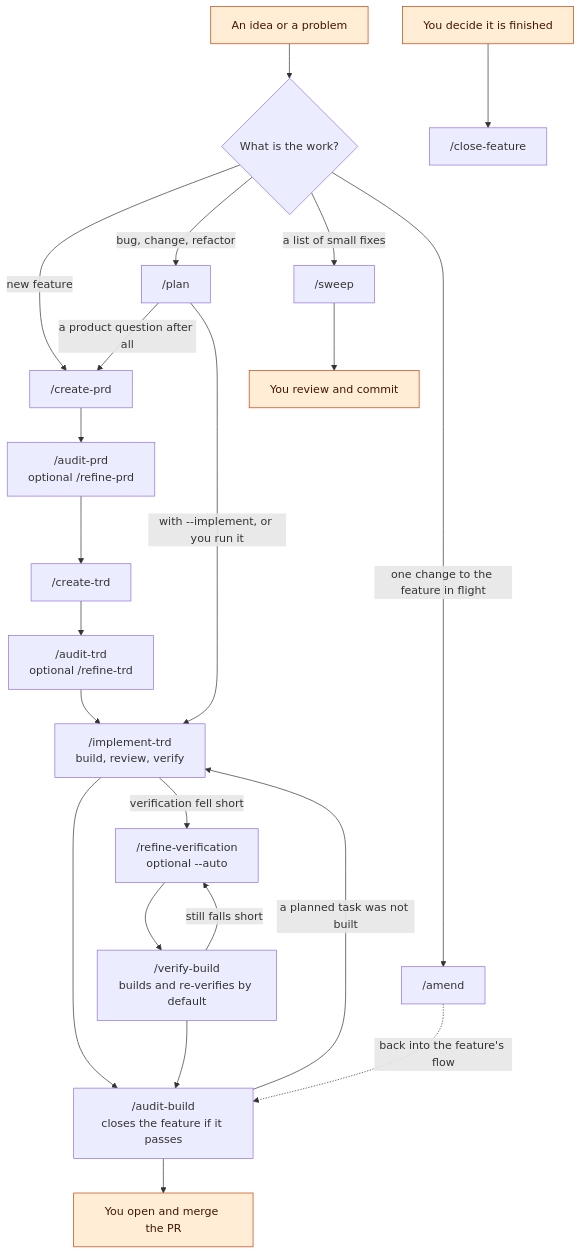
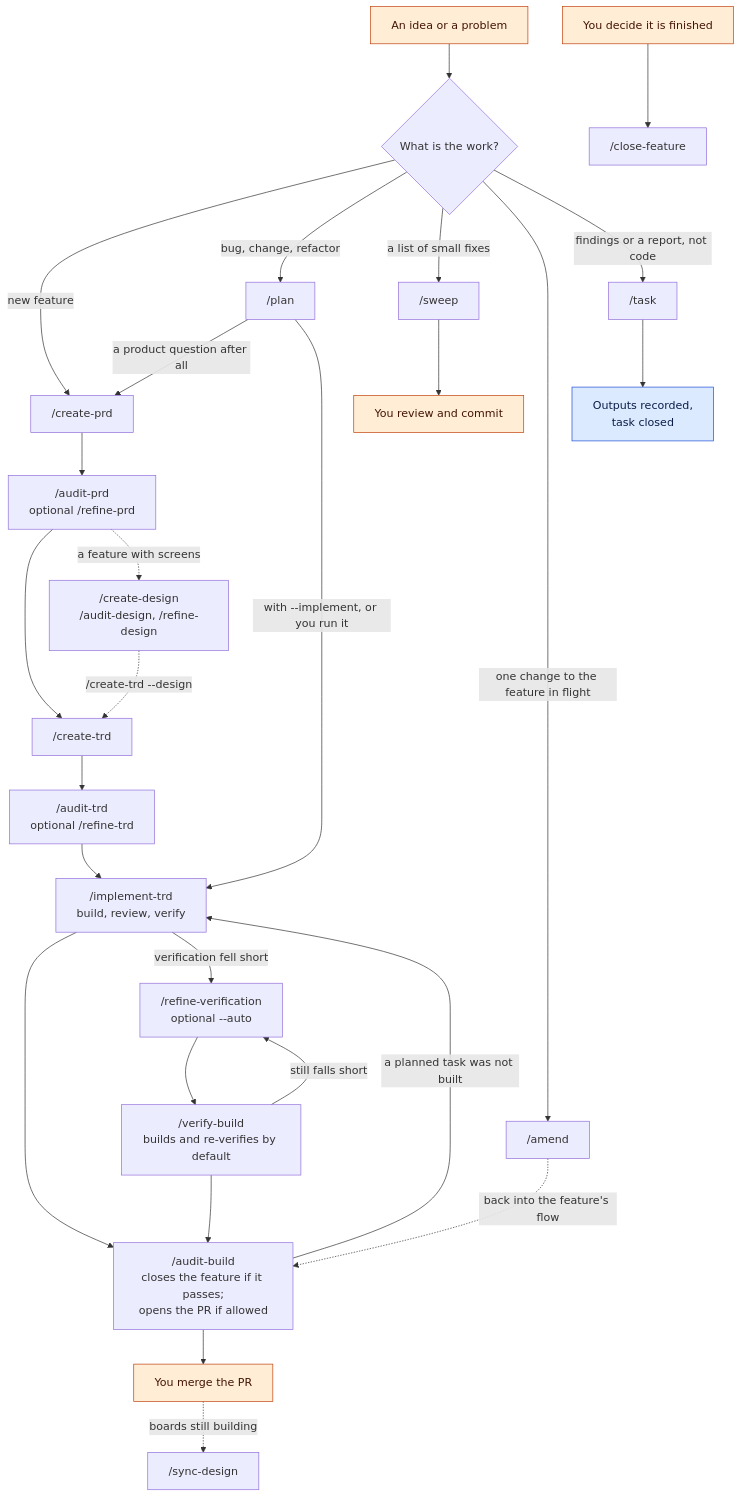
One commit to FortiumPartners/ensemble-vnext changed the first of 13 diagrams in docs/guides/PROCESS.md. Above: the diagram before and after it, drawn with Mermaid. The commit also changed other lines of this file and 128 other files, not shown here.

````diff
--- a/docs/guides/PROCESS.md
+++ b/docs/guides/PROCESS.md
@@ -36,17 +43,20 @@
 ```mermaid
 flowchart TD
     idea["An idea or a problem"]:::you --> q{"What is the work?"}
-    q -->|"new feature"| cprd["/create-prd"] --> aprd["/audit-prd<br/>optional /refine-prd"] --> ctrd["/create-trd"] --> atrd["/audit-trd<br/>optional /refine-trd"] --> impl["/implement-trd<br/>build, review, verify"] --> ab["/audit-build<br/>closes the feature if it passes"] --> merge["You open and merge the PR"]:::you
+    q -->|"new feature"| cprd["/create-prd"] --> aprd["/audit-prd<br/>optional /refine-prd"] --> ctrd["/create-trd"] --> atrd["/audit-trd<br/>optional /refine-trd"] --> impl["/implement-trd<br/>build, review, verify"] --> ab["/audit-build<br/>closes the feature if it passes;<br/>opens the PR if allowed"] --> merge["You merge the PR"]:::you
+    aprd -.->|"a feature with screens"| cd["/create-design<br/>/audit-design, /refine-design"] -.->|"/create-trd --design"| ctrd
+    merge -.->|"boards still building"| sd["/sync-design"]
     q -->|"bug, change, refactor"| plan["/plan"]
     plan -->|"a product question after all"| cprd
     plan -->|"with --implement, or you run it"| impl
     q -->|"a list of small fixes"| sweep["/sweep"] --> commit["You review and commit"]:::you
     q -->|"one change to the feature in flight"| amend["/amend"] -.->|"back into the feature's flow"| ab
+    q -->|"findings or a report, not code"| task["/task"] --> rep["Outputs recorded,<br/>task closed"]:::code
     ab -->|"a planned task was not built"| impl
     impl -->|"verification fell short"| rv["/refine-verification<br/>optional --auto"] --> vb["/verify-build<br/>builds and re-verifies by default"] --> ab
     vb -->|"still falls short"| rv
     you2["You decide it is finished"]:::you --> cf["/close-feature"]
     classDef code fill:#dbeafe,stroke:#1d4ed8,color:#0b1d4a
     classDef model fill:#ede9fe,stroke:#6d28d9,color:#2e1065
     classDef you fill:#ffedd5,stroke:#c2410c,color:#431407
 ```
````
